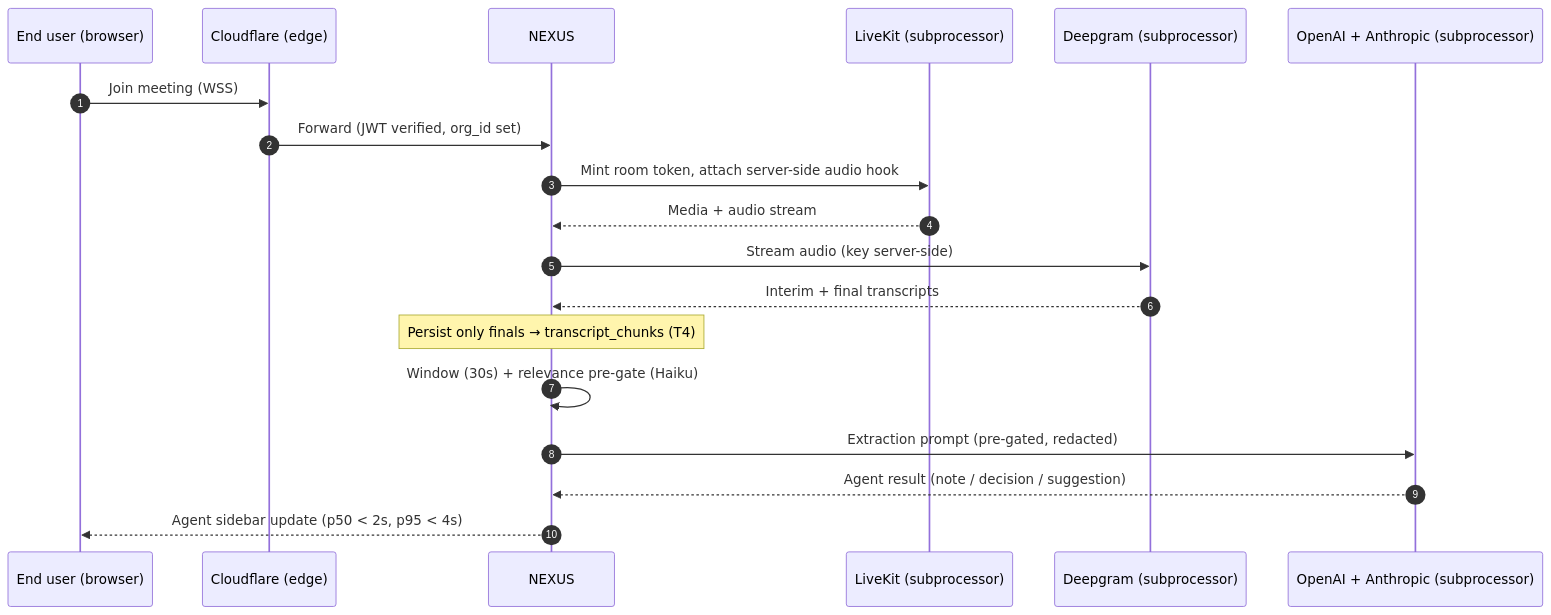
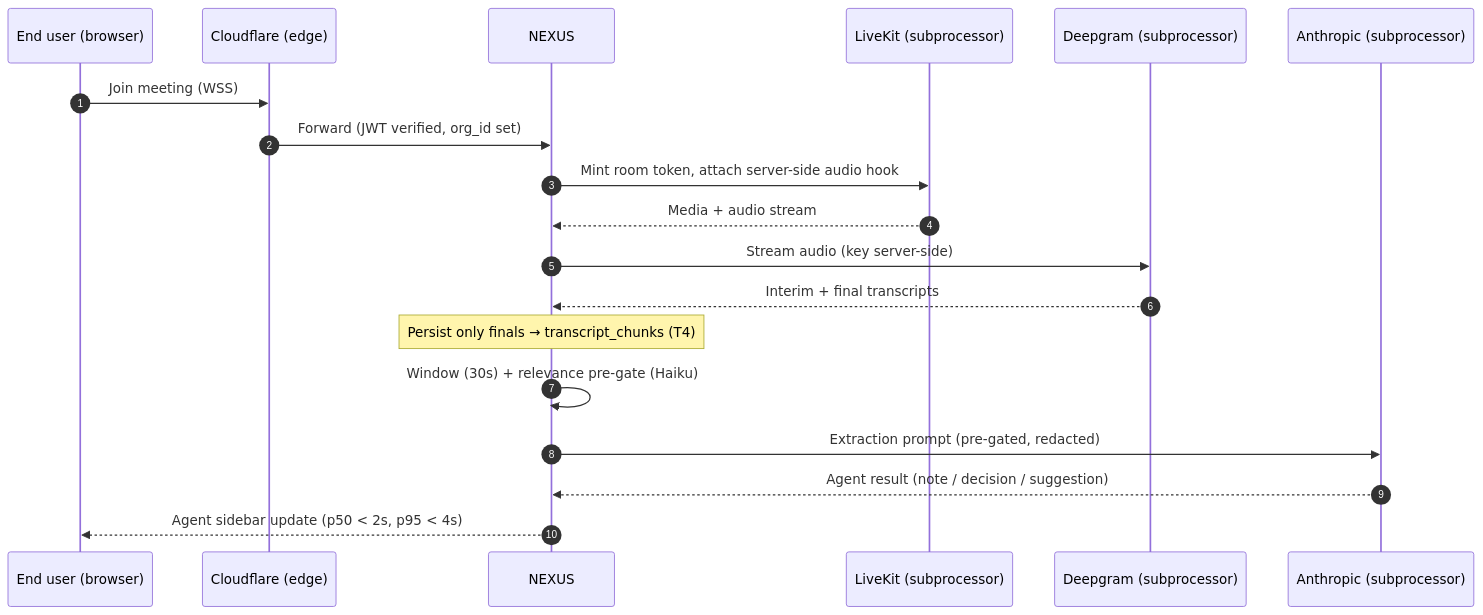
One commit to Mytheus-AI/mytheus-docs changed the fifth of 5 diagrams in 02-system-context.md. Above: the diagram before and after it, drawn with Mermaid. The commit also changed other lines of this file and 23 other files, not shown here.

Commit message:
docs(llm): Anthropic-only provider decision with Haiku 5.5 fast tier (ADR-0027)

````diff
--- a/02-system-context.md
+++ b/02-system-context.md
@@ -253,22 +253,22 @@
 ```mermaid
 sequenceDiagram
     autonumber
     participant U as End user (browser)
     participant CF as Cloudflare (edge)
     participant NX as NEXUS
     participant LK as LiveKit (subprocessor)
     participant DG as Deepgram (subprocessor)
-    participant LLM as OpenAI + Anthropic (subprocessor)
+    participant LLM as Anthropic (subprocessor)
 
     U->>CF: Join meeting (WSS)
     CF->>NX: Forward (JWT verified, org_id set)
     NX->>LK: Mint room token, attach server-side audio hook
     LK-->>NX: Media + audio stream
     NX->>DG: Stream audio (key server-side)
     DG-->>NX: Interim + final transcripts
     Note over NX: Persist only finals → transcript_chunks (T4)
     NX->>NX: Window (30s) + relevance pre-gate (Haiku)
     NX->>LLM: Extraction prompt (pre-gated, redacted)
     LLM-->>NX: Agent result (note / decision / suggestion)
     NX-->>U: Agent sidebar update (p50 < 2s, p95 < 4s)
 ```
````
